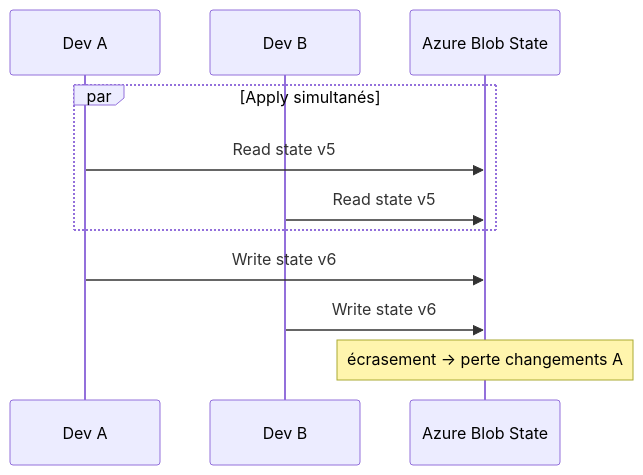
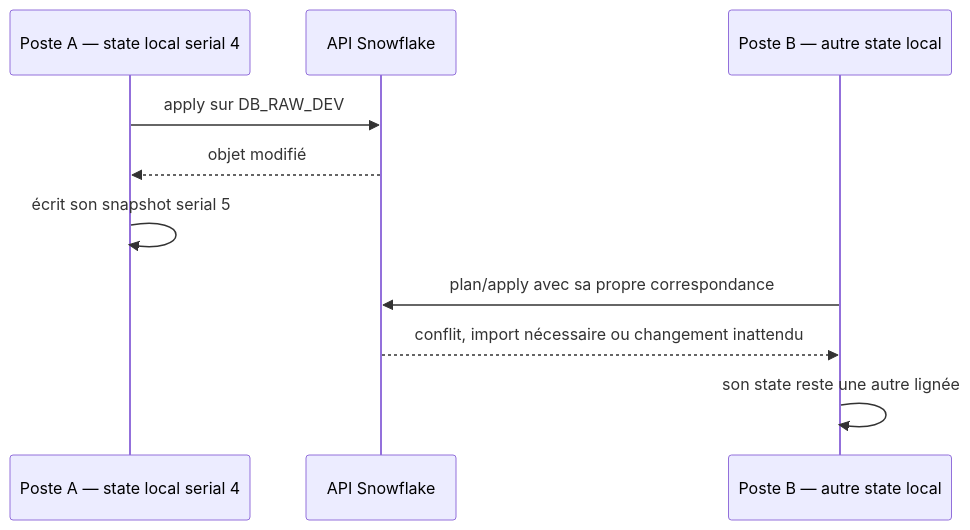
One commit to msellamiTN/Snowflake-terraform changed the fourth of 10 diagrams in courses/day-01/module-02-state-management/course.md. Above: the diagram before and after it, drawn with Mermaid. The commit also changed other lines of this file and 34 other files, not shown here.

````diff
--- a/courses/day-01/module-02-state-management/course.md
+++ b/courses/day-01/module-02-state-management/course.md
@@ -182,14 +158,13 @@
 ```mermaid
 sequenceDiagram
-    participant A as Dev A
-    participant B as Dev B
-    participant Blob as Azure Blob State
+    participant A as Poste A — state local serial 4
+    participant API as API Snowflake
+    participant B as Poste B — autre state local
 
-    par Apply simultanés
-        A->>Blob: Read state v5
-        B->>Blob: Read state v5
-    end
-    A->>Blob: Write state v6
-    B->>Blob: Write state v6
-    Note over Blob: écrasement → perte changements A
+    A->>API: apply sur DB_RAW_DEV
+    API-->>A: objet modifié
+    A->>A: écrit son snapshot serial 5
+    B->>API: plan/apply avec sa propre correspondance
+    API-->>B: conflit, import nécessaire ou changement inattendu
+    B->>B: son state reste une autre lignée
 ```
````
